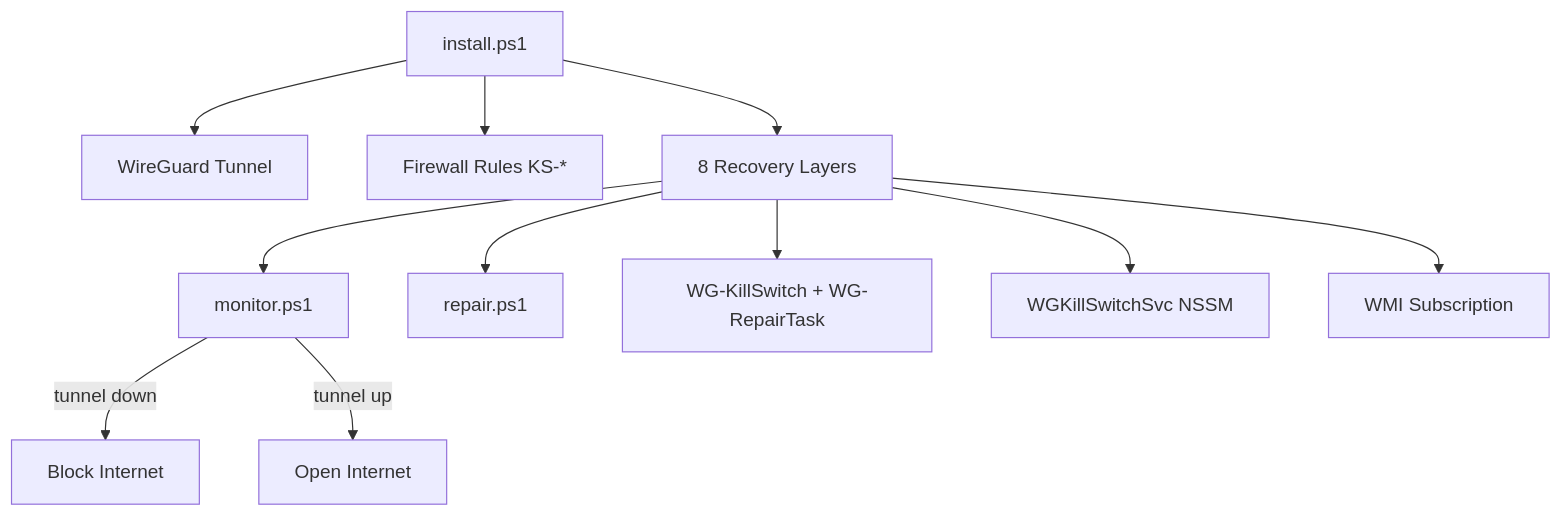
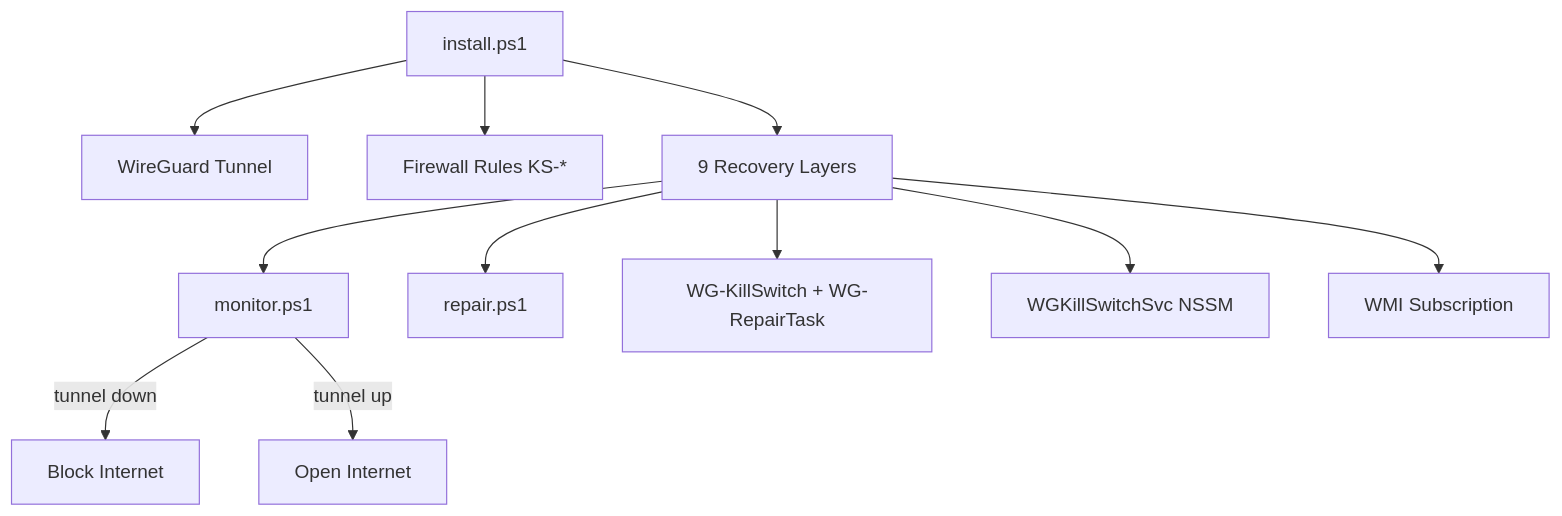
The diagram in README.md (ryderlacin-pixel/Windows-WireGuard-KillSwitch), drawn with Mermaid before and after one commit. The commit also changed other lines of this file and 4 other files, not shown here.

````diff
--- a/README.md
+++ b/README.md
@@ -25,13 +27,13 @@
 ```mermaid
 flowchart TB
   install["install.ps1"] --> tunnel["WireGuard Tunnel"]
   install --> firewall["Firewall Rules KS-*"]
-  install --> layers["8 Recovery Layers"]
+  install --> layers["9 Recovery Layers"]
   layers --> monitor["monitor.ps1"]
   layers --> repair["repair.ps1"]
   layers --> tasks["WG-KillSwitch + WG-RepairTask"]
   layers --> svc["WGKillSwitchSvc NSSM"]
   layers --> wmi["WMI Subscription"]
   monitor -->|"tunnel down"| block["Block Internet"]
   monitor -->|"tunnel up"| open["Open Internet"]
 ```
````
